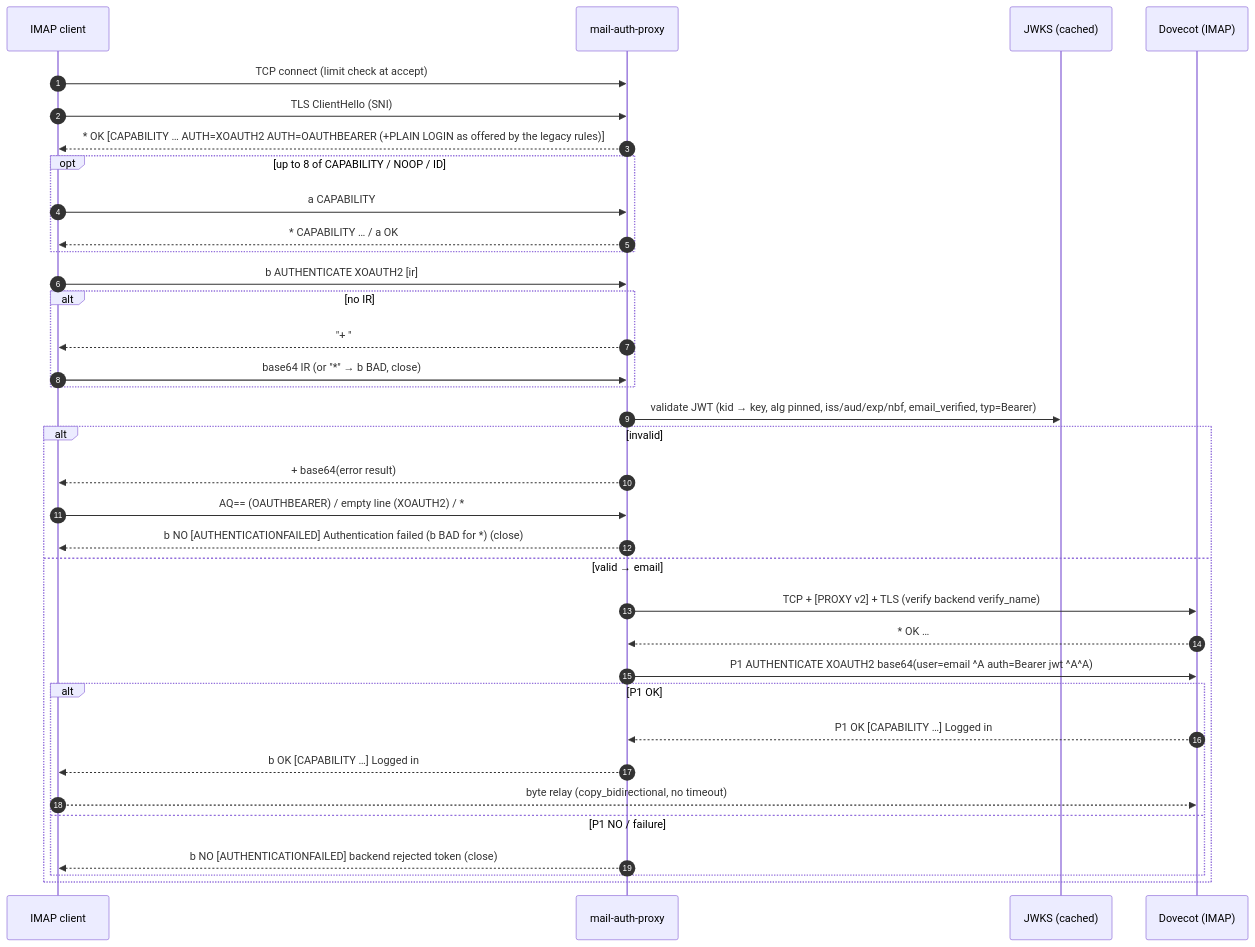
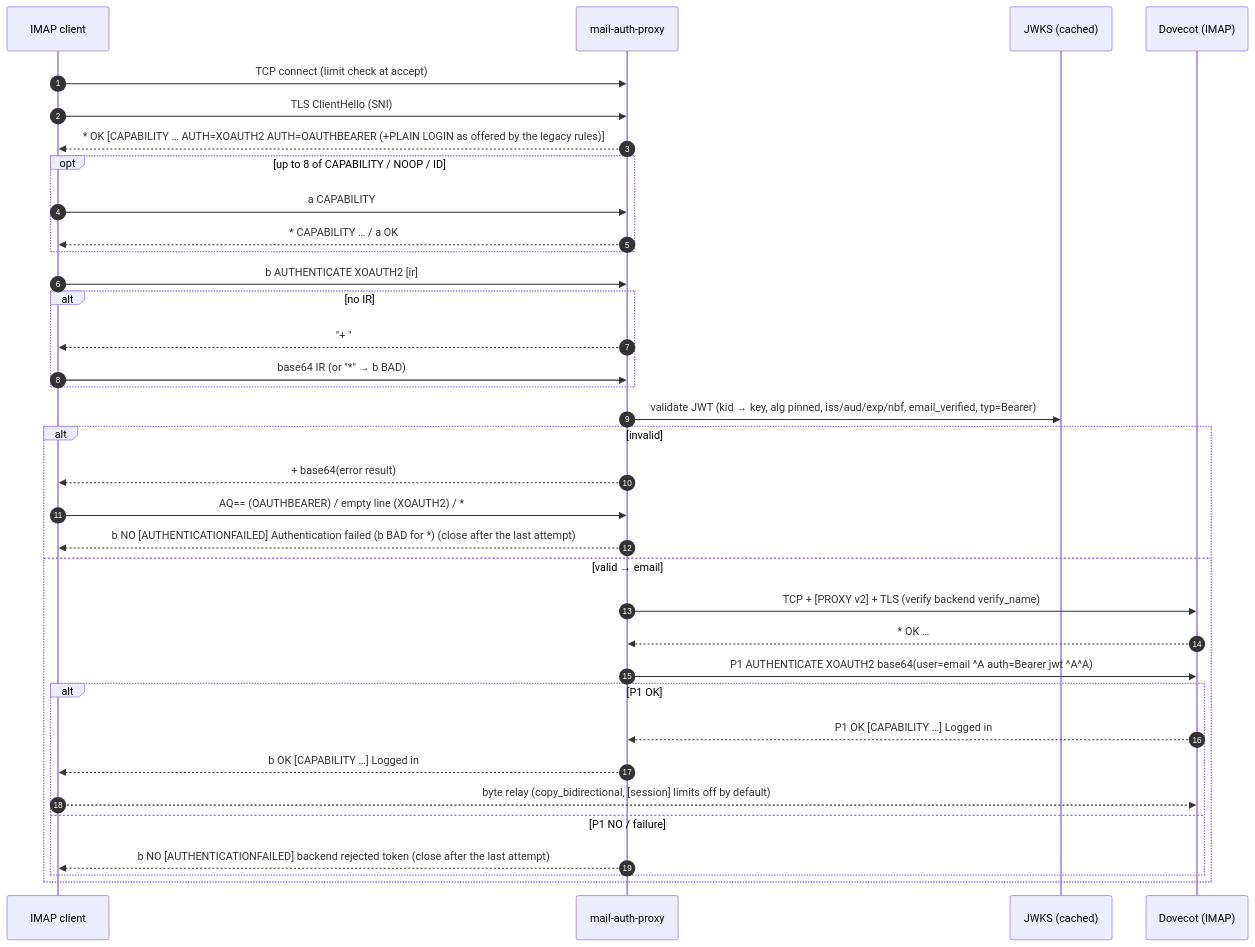
One commit to NK-IT-CLOUD/mail-auth-proxy changed the first of 3 diagrams in docs/protocols.md. Above: the diagram before and after it, drawn with Mermaid. The commit also changed other lines of this file and 9 other files, not shown here.

````diff
--- a/docs/protocols.md
+++ b/docs/protocols.md
@@ -90,37 +90,37 @@
 ```mermaid
 sequenceDiagram
     autonumber
     participant C as IMAP client
     participant P as mail-auth-proxy
     participant I as JWKS (cached)
     participant B as Dovecot (IMAP)
     C->>P: TCP connect (limit check at accept)
     C->>P: TLS ClientHello (SNI)
     P-->>C: * OK [CAPABILITY … AUTH=XOAUTH2 AUTH=OAUTHBEARER (+PLAIN LOGIN as offered by the legacy rules)]
     opt up to 8 of CAPABILITY / NOOP / ID
         C->>P: a CAPABILITY
         P-->>C: * CAPABILITY … / a OK
     end
     C->>P: b AUTHENTICATE XOAUTH2 [ir]
     alt no IR
         P-->>C: "+ "
-        C->>P: base64 IR (or "*" → b BAD, close)
+        C->>P: base64 IR (or "*" → b BAD)
     end
     P->>I: validate JWT (kid → key, alg pinned, iss/aud/exp/nbf, email_verified, typ=Bearer)
     alt invalid
         P-->>C: + base64(error result)
         C->>P: AQ== (OAUTHBEARER) / empty line (XOAUTH2) / *
-        P-->>C: b NO [AUTHENTICATIONFAILED] Authentication failed (b BAD for *) (close)
+        P-->>C: b NO [AUTHENTICATIONFAILED] Authentication failed (b BAD for *) (close after the last attempt)
     else valid → email
         P->>B: TCP + [PROXY v2] + TLS (verify backend verify_name)
         B-->>P: * OK …
         P->>B: P1 AUTHENTICATE XOAUTH2 base64(user=email ^A auth=Bearer jwt ^A^A)
         alt P1 OK
             B-->>P: P1 OK [CAPABILITY …] Logged in
             P-->>C: b OK [CAPABILITY …] Logged in
-            C-->>B: byte relay (copy_bidirectional, no timeout)
+            C-->>B: byte relay (copy_bidirectional, [session] limits off by default)
         else P1 NO / failure
-            P-->>C: b NO [AUTHENTICATIONFAILED] backend rejected token (close)
+            P-->>C: b NO [AUTHENTICATIONFAILED] backend rejected token (close after the last attempt)
         end
     end
 ```
````
